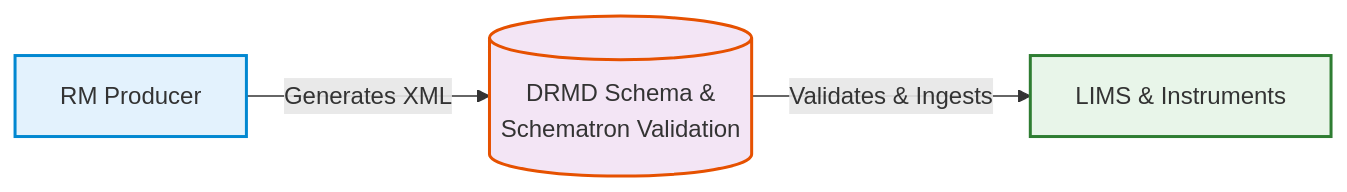
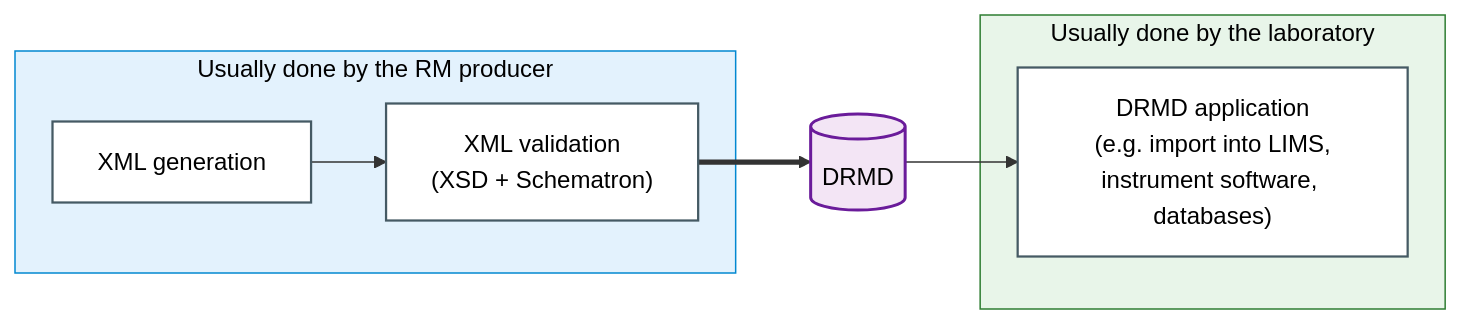
The diagram in docs/index.md (punitharumilli/BestPracticeDocs), drawn with Mermaid before and after one commit. The commit also changed other lines of this file and 10 other files, not shown here.

````diff
--- a/docs/index.md
+++ b/docs/index.md
@@ -97,10 +101,17 @@
 ```mermaid
 graph LR
-    %% Styles
-    classDef producer fill:#e3f2fd,stroke:#0288d1,stroke-width:2px;
-    classDef schema fill:#f3e5f5,stroke:#e65100,stroke-width:2px;
-    classDef user fill:#e8f5e9,stroke:#2e7d32,stroke-width:2px;
+    classDef step fill:#ffffff,stroke:#455a64,stroke-width:1.5px,color:#000;
+    classDef drmd fill:#f3e5f5,stroke:#6a1b9a,stroke-width:2px,color:#000;
 
-    P[RM Producer]:::producer -->|Generates XML| XSD[(DRMD Schema &<br>Schematron Validation)]:::schema
-    XSD -->|Validates & Ingests| U[LIMS & Instruments]:::user
+    subgraph RMP["Usually done by the RM producer"]
+        G["XML generation"]:::step --> V["XML validation<br/>(XSD + Schematron)"]:::step
+    end
+    V ==> D[("DRMD")]:::drmd
+    subgraph LAB["Usually done by the laboratory"]
+        A["DRMD application<br/>(e.g. import into LIMS,<br/>instrument software, databases)"]:::step
+    end
+    D --> A
+
+    style RMP fill:#e3f2fd,stroke:#0288d1,color:#000
+    style LAB fill:#e8f5e9,stroke:#2e7d32,color:#000
 ```
````
